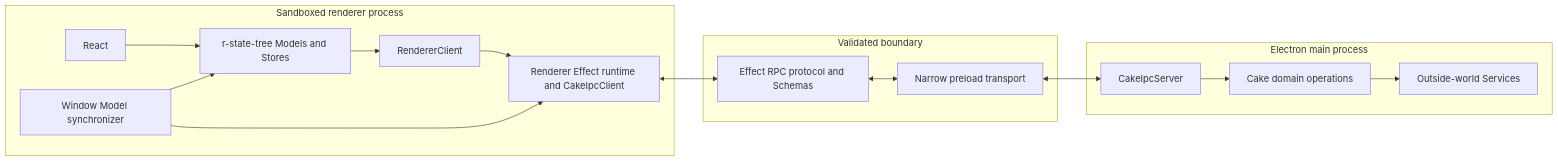
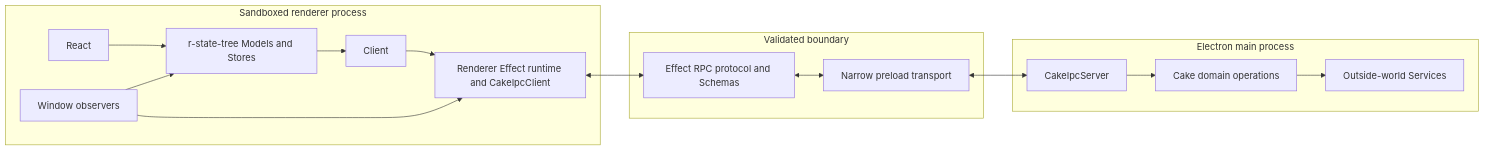
The diagram in docs/architecture/effect-architecture.md (melnikov-s/cake), drawn with Mermaid before and after one commit. The commit also changed other lines of this file and 133 other files, not shown here.

````diff
--- a/docs/architecture/effect-architecture.md
+++ b/docs/architecture/effect-architecture.md
@@ -12,32 +12,32 @@
 ```mermaid
 flowchart LR
   subgraph Renderer[Sandboxed renderer process]
     React[React]
     StateTree[r-state-tree Models and Stores]
-    Synchronizer[Window Model synchronizer]
-    Client[RendererClient]
+    Observer[Window observers]
+    Client[Client]
     Runtime[Renderer Effect runtime and CakeIpcClient]
     React --> StateTree
     StateTree --> Client
-    Synchronizer --> StateTree
+    Observer --> StateTree
     Client --> Runtime
-    Synchronizer --> Runtime
+    Observer --> Runtime
   end
 
   subgraph Boundary[Validated boundary]
     Protocol[Effect RPC protocol and Schemas]
     Preload[Narrow preload transport]
   end
 
   subgraph Main[Electron main process]
     Server[CakeIpcServer]
     Domain[Cake domain operations]
     Services[Outside-world Services]
     Server --> Domain
     Domain --> Services
   end
 
   Runtime <--> Protocol
   Protocol <--> Preload
   Preload <--> Server
 ```
````
